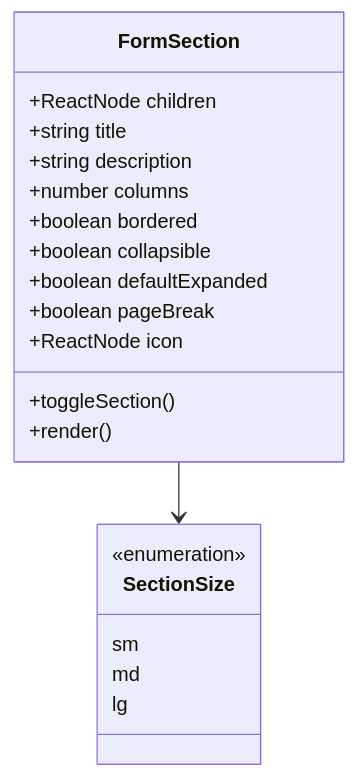
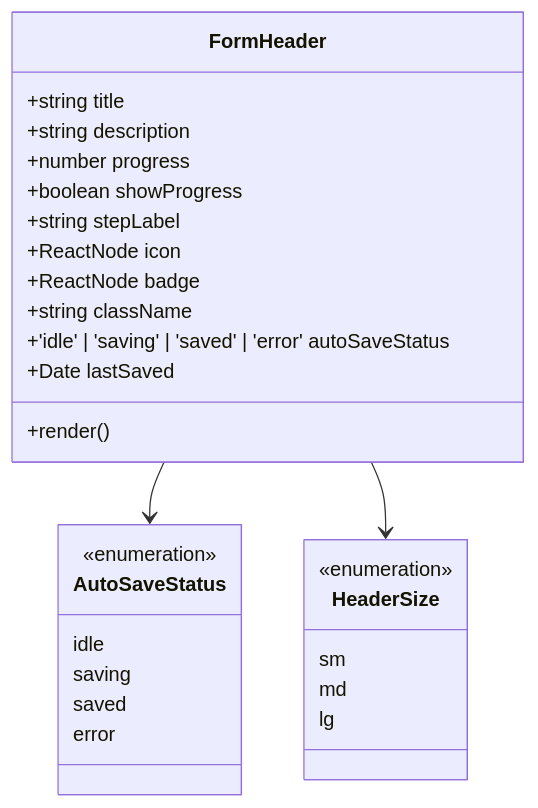
The third of 17 diagrams in .qoder/repowiki/en/content/UI Component Library/Form Styling System.md (geniusdynamics/schoolpilot), drawn with Mermaid before and after one commit. The commit also changed other lines of this file and 6 other files, not shown here.

````diff
--- a/.qoder/repowiki/en/content/UI Component Library/Form Styling System.md
+++ b/.qoder/repowiki/en/content/UI Component Library/Form Styling System.md
@@ -133,23 +159,31 @@
 ```mermaid
 classDiagram
-class FormSection {
-+ReactNode children
+class FormHeader {
 +string title
 +string description
-+number columns
-+boolean bordered
-+boolean collapsible
-+boolean defaultExpanded
-+boolean pageBreak
++number progress
++boolean showProgress
++string stepLabel
 +ReactNode icon
-+toggleSection()
++ReactNode badge
++string className
++'idle' | 'saving' | 'saved' | 'error' autoSaveStatus
++Date lastSaved
 +render()
 }
-class SectionSize {
+class AutoSaveStatus {
+<<enumeration>>
+idle
+saving
+saved
+error
+}
+class HeaderSize {
 <<enumeration>>
 sm
 md
 lg
 }
-FormSection --> SectionSize
+FormHeader --> AutoSaveStatus
+FormHeader --> HeaderSize
 ```
````
